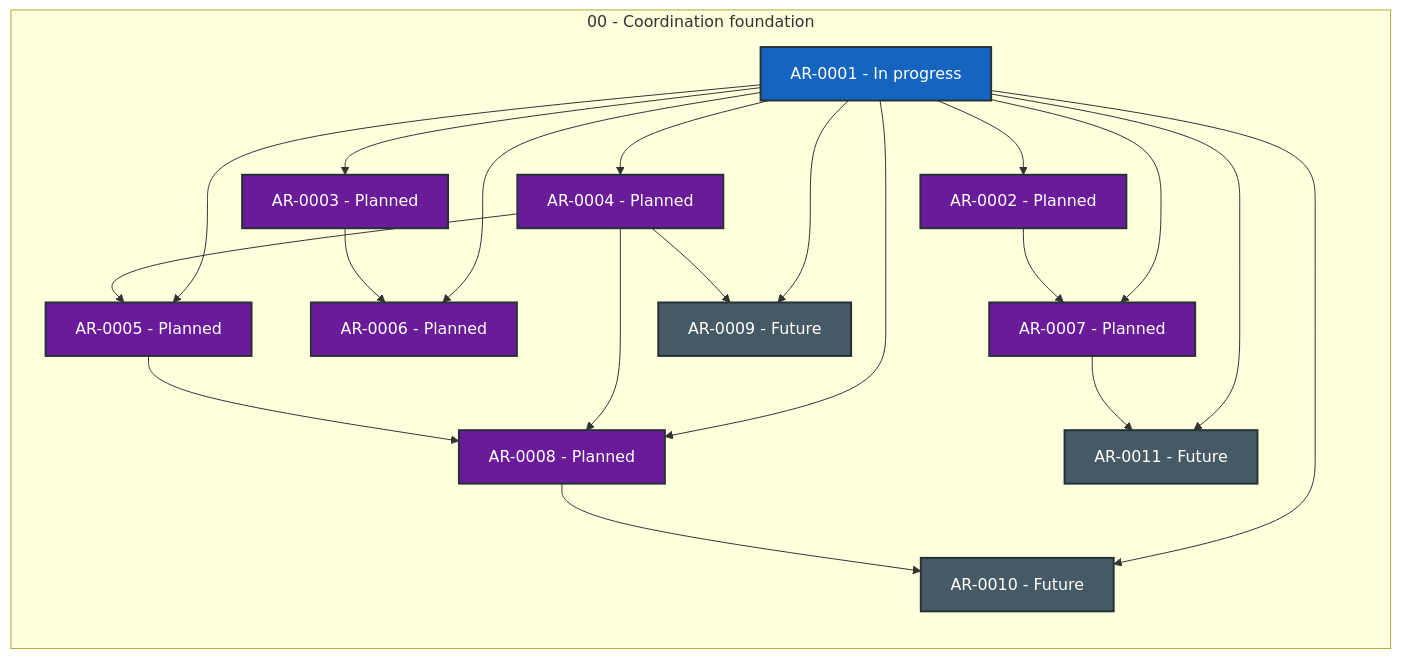
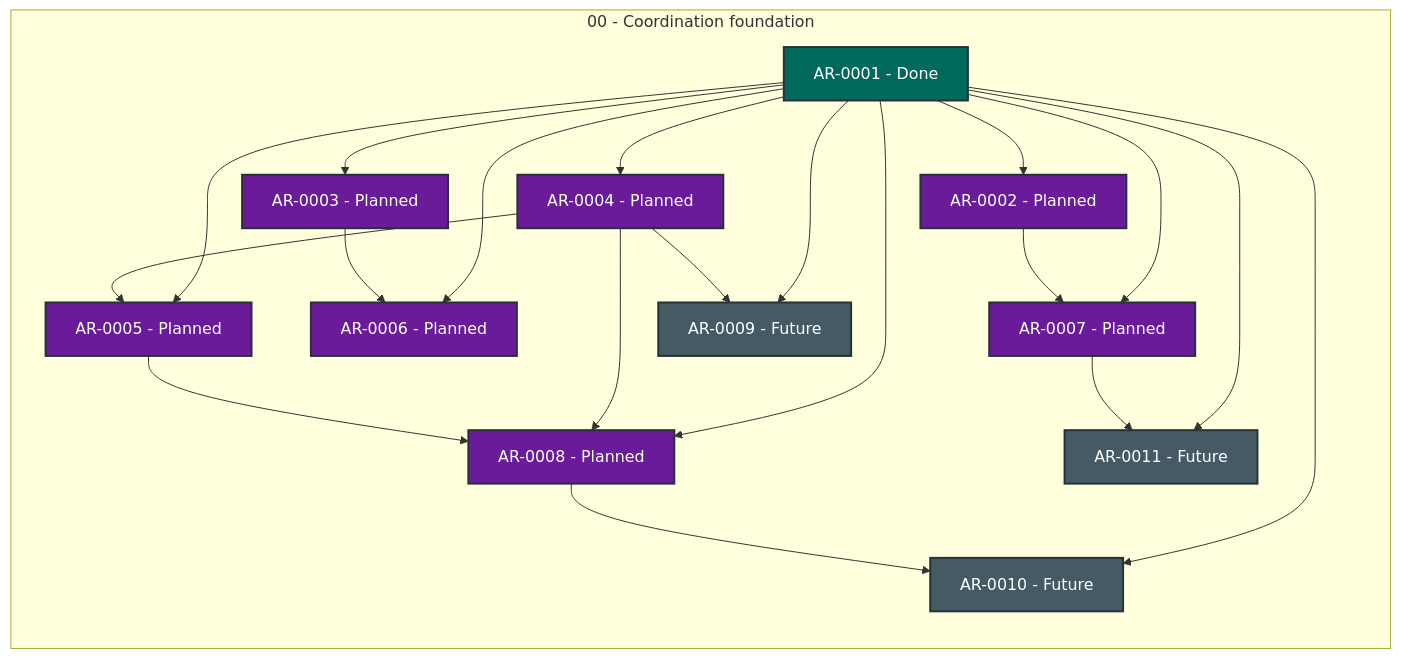
Before and after one commit to martin-beck/agent-workflow-quality-state: the diagram in STATUS.md, drawn with Mermaid. The commit also changed other lines of this file and 2 other files, not shown here.

````diff
--- a/STATUS.md
+++ b/STATUS.md
@@ -27,43 +27,43 @@
 ```mermaid
 flowchart LR
     subgraph series_00["00 - Coordination foundation"]
         direction TB
-        AR_0001["AR-0001 - In progress"]:::status_in_progress
+        AR_0001["AR-0001 - Done"]:::status_done
         AR_0002["AR-0002 - Planned"]:::status_planned
         AR_0003["AR-0003 - Planned"]:::status_planned
         AR_0004["AR-0004 - Planned"]:::status_planned
         AR_0005["AR-0005 - Planned"]:::status_planned
         AR_0006["AR-0006 - Planned"]:::status_planned
         AR_0007["AR-0007 - Planned"]:::status_planned
         AR_0008["AR-0008 - Planned"]:::status_planned
         AR_0009["AR-0009 - Future"]:::status_future
         AR_0010["AR-0010 - Future"]:::status_future
         AR_0011["AR-0011 - Future"]:::status_future
     end
     AR_0001 --> AR_0002
     AR_0001 --> AR_0003
     AR_0001 --> AR_0004
     AR_0001 --> AR_0005
     AR_0001 --> AR_0006
     AR_0001 --> AR_0007
     AR_0001 --> AR_0008
     AR_0001 --> AR_0009
     AR_0001 --> AR_0010
     AR_0001 --> AR_0011
     AR_0002 --> AR_0007
     AR_0003 --> AR_0006
     AR_0004 --> AR_0005
     AR_0004 --> AR_0008
     AR_0004 --> AR_0009
     AR_0005 --> AR_0008
     AR_0007 --> AR_0011
     AR_0008 --> AR_0010
     classDef status_in_progress fill:#1565c0,color:#ffffff,stroke:#263238,stroke-width:2px
     classDef status_open fill:#2e7d32,color:#ffffff,stroke:#263238,stroke-width:2px
     classDef status_blocked fill:#c62828,color:#ffffff,stroke:#263238,stroke-width:2px
     classDef status_planned fill:#6a1b9a,color:#ffffff,stroke:#263238,stroke-width:2px
     classDef status_future fill:#455a64,color:#ffffff,stroke:#263238,stroke-width:2px
     classDef status_done fill:#00695c,color:#ffffff,stroke:#263238,stroke-width:2px
     classDef status_cancelled fill:#616161,color:#ffffff,stroke:#263238,stroke-width:2px
     classDef status_superseded fill:#5d4037,color:#ffffff,stroke:#263238,stroke-width:2px
 ```
````
